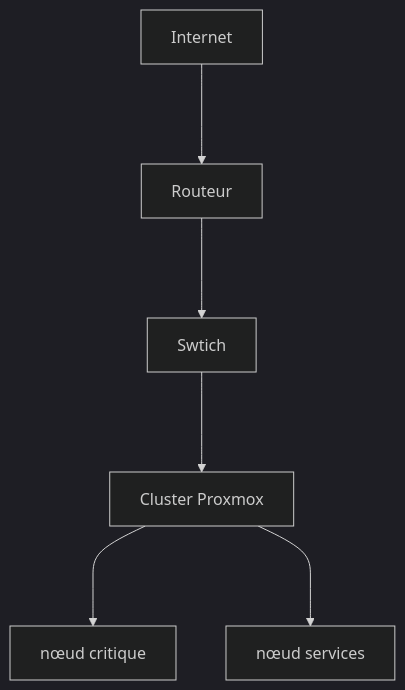
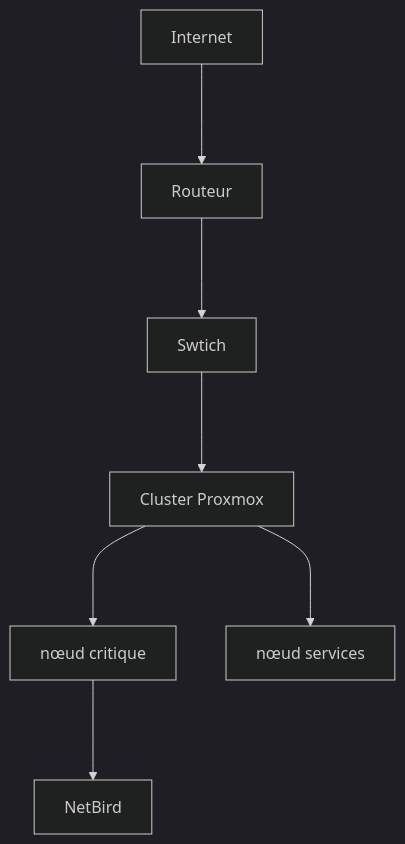
The diagram in README.md (snoyy-i/snoyy-i), drawn with Mermaid (dark theme) before and after one commit.

````diff
--- a/README.md
+++ b/README.md
@@ -2,15 +2,17 @@
 ```mermaid
 graph TD
      A[Internet]
      B[Routeur]
      C[Swtich]
      D[Cluster Proxmox ]
      E[nœud critique ]
      F[nœud services]
+     G[NetBird]
 
      A--->B
      B--->C
      C--->D
      D--->E
      D--->F
+     E--->G
 ```
````
